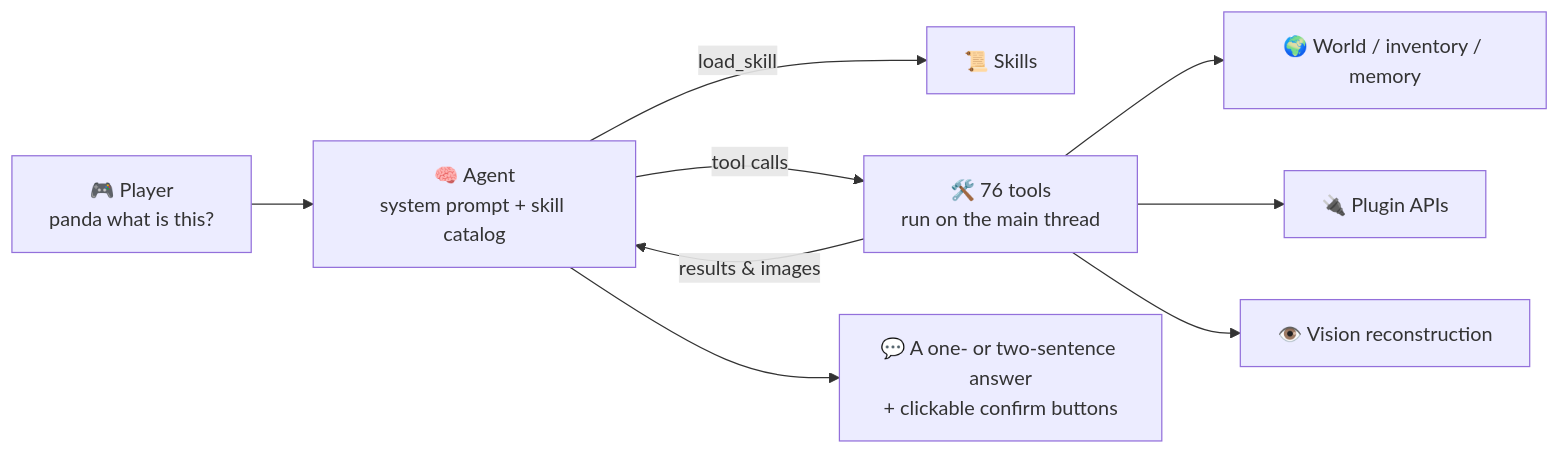
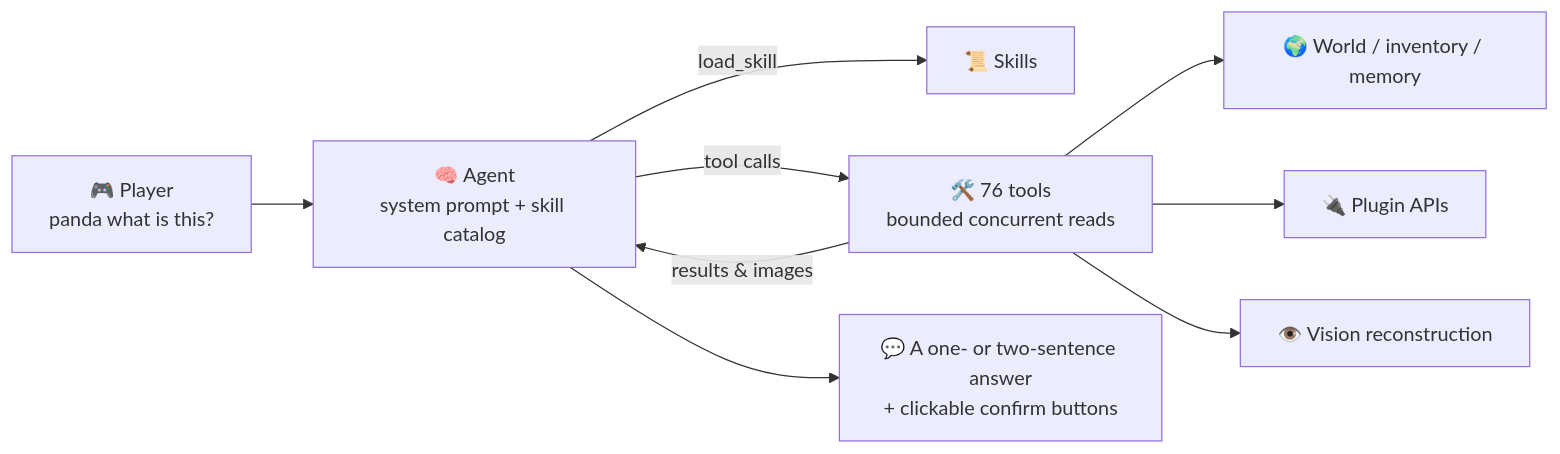
The diagram in docs/wiki/en/Home.md (obsidianplusplus/PandaGPT), drawn with Mermaid before and after one commit. The commit also changed 13 other files, not shown here.

Commit message:
Fix wiki tables, diagrams, and navigation

````diff
--- a/docs/wiki/en/Home.md
+++ b/docs/wiki/en/Home.md
@@ -64,11 +64,11 @@
 ```mermaid
 flowchart LR
     P["🎮 Player<br/>panda what is this?"] --> A["🧠 Agent<br/>system prompt + skill catalog"]
     A -->|load_skill| S["📜 Skills"]
-    A -->|tool calls| T["🛠️ 76 tools<br/>run on the main thread"]
+    A -->|tool calls| T["🛠️ 76 tools<br/>bounded concurrent reads"]
     T --> W["🌍 World / inventory / memory"]
     T --> I["🔌 Plugin APIs"]
     T --> V["👁️ Vision reconstruction"]
     T -->|results & images| A
     A --> R["💬 A one- or two-sentence answer<br/>+ clickable confirm buttons"]
 ```
````
